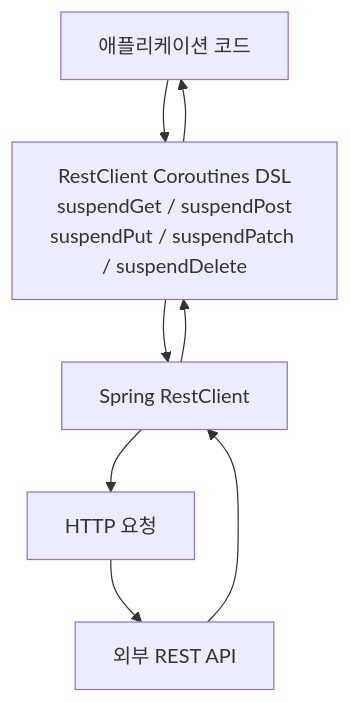
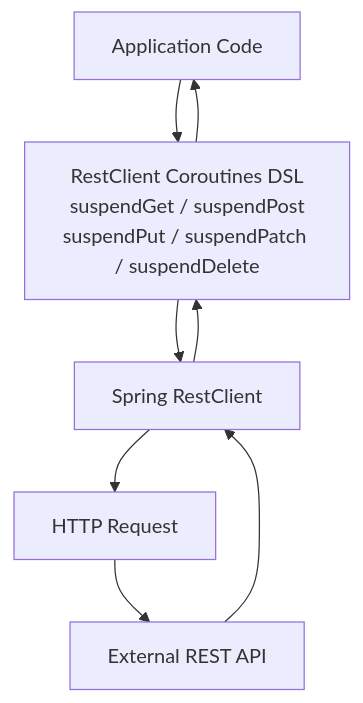
The third of 4 diagrams in spring-boot4/core/README.md (bluetape4k/bluetape4k-projects), drawn with Mermaid before and after one commit. The commit also changed other lines of this file and 265 other files, not shown here.

````diff
--- a/spring-boot4/core/README.md
+++ b/spring-boot4/core/README.md
@@ -228,10 +227,10 @@
 ```mermaid
 flowchart TD
-    App["애플리케이션 코드"] --> DSL["RestClient Coroutines DSL<br/>suspendGet / suspendPost<br/>suspendPut / suspendPatch / suspendDelete"]
+    App["Application Code"] --> DSL["RestClient Coroutines DSL<br/>suspendGet / suspendPost<br/>suspendPut / suspendPatch / suspendDelete"]
     DSL --> RestClient["Spring RestClient"]
-    RestClient --> HTTP["HTTP 요청"]
-    HTTP --> ExternalAPI["외부 REST API"]
+    RestClient --> HTTP["HTTP Request"]
+    HTTP --> ExternalAPI["External REST API"]
     ExternalAPI --> RestClient
     RestClient --> DSL
     DSL --> App
 ```
````
